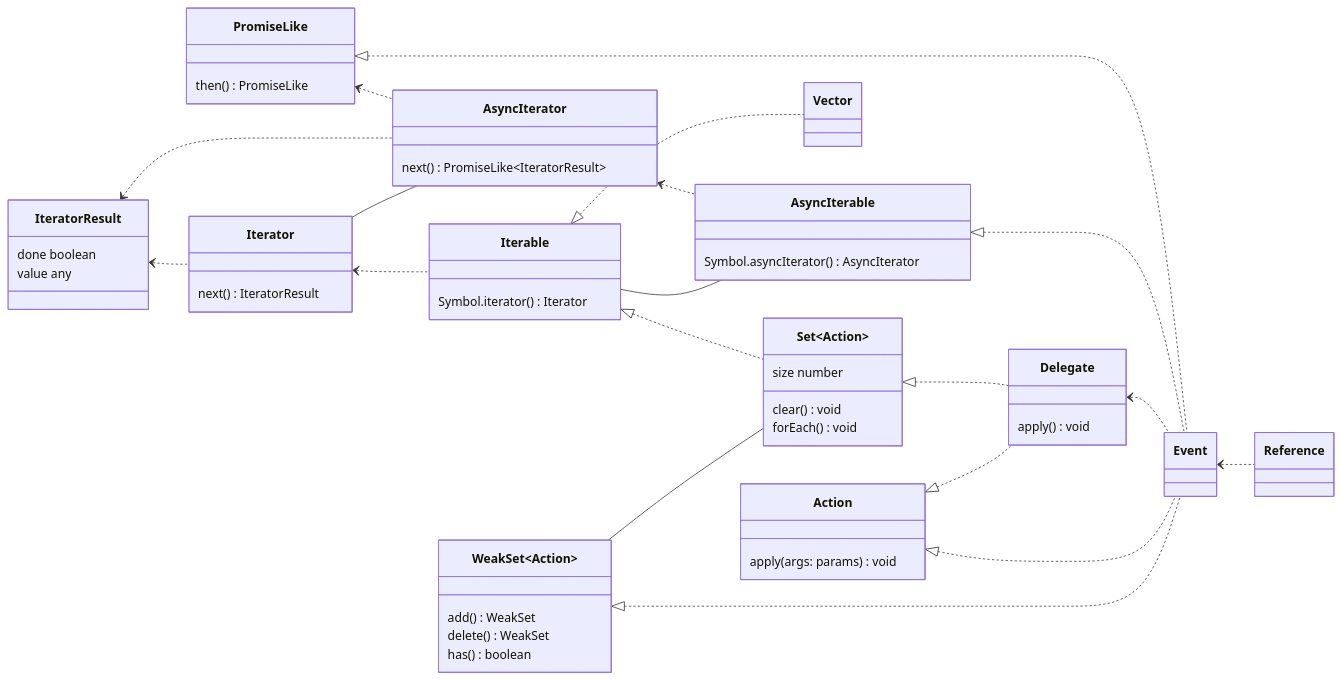
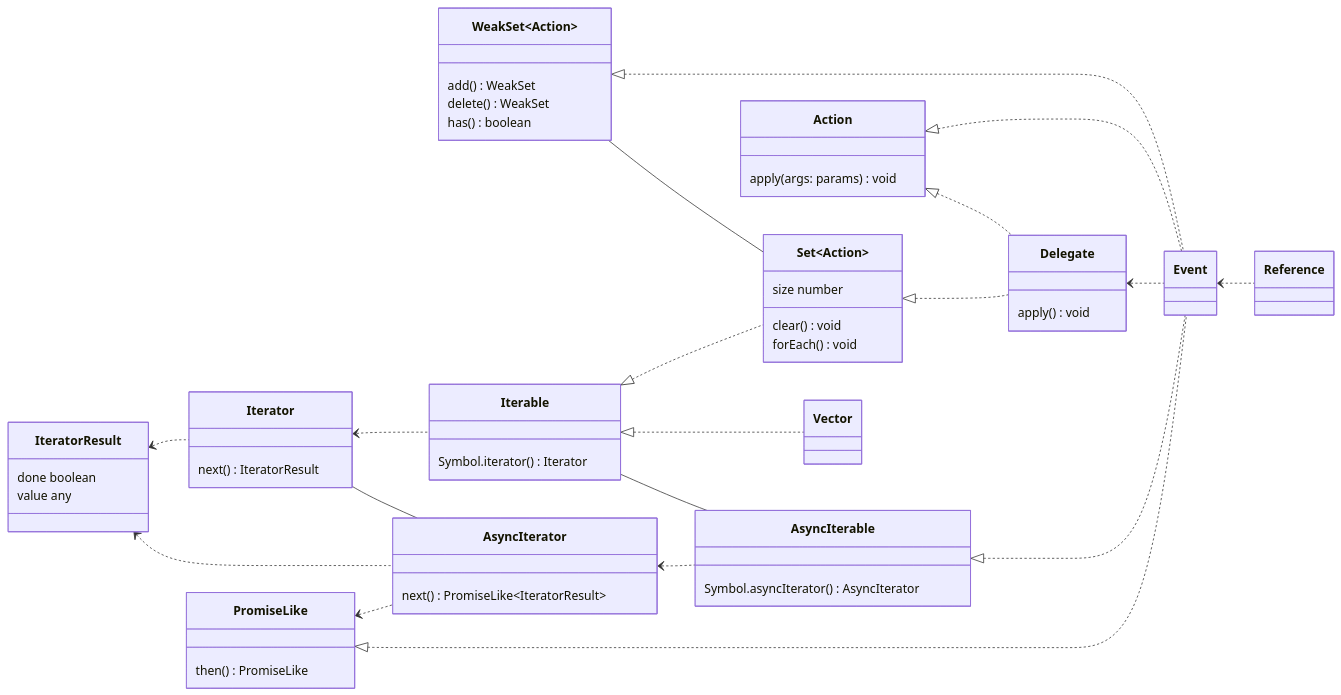
One commit to domrally/peekeasy changed the fifth of 5 diagrams in README.md. Above: the diagram before and after it, drawn with Mermaid. The commit also changed other lines of this file, not shown here.

````diff
--- a/README.md
+++ b/README.md
@@ -221,62 +221,62 @@
 ```mermaid
 classDiagram
     direction LR
     PromiseLike <|.. Event
     PromiseLike <.. AsyncIterator
     IteratorResult <.. AsyncIterator
     Iterator -- AsyncIterator
     AsyncIterator <.. AsyncIterable
     Iterable -- AsyncIterable
     AsyncIterable <|.. Event
     IteratorResult <.. Iterator
     Iterator <.. Iterable
-    Iterable <|.. Vector
     Iterable <|.. Set~Action~
     Delegate <.. Event
     Action <|.. Event
     Set~Action~ <|.. Delegate
     Action <|.. Delegate
     WeakSet~Action~ -- Set~Action~
     WeakSet~Action~ <|.. Event
     Event <.. Reference
+    Iterable <|.. Vector
     class IteratorResult {
         done boolean
         value any
     }
     class AsyncIterable {
         Symbol.asyncIterator() AsyncIterator
     }
     class Iterable {
         Symbol.iterator() Iterator
     }
     class Iterator {
         next() IteratorResult
     }
     class AsyncIterator {
         next() PromiseLike~IteratorResult~
     }
     class PromiseLike {
         then() PromiseLike
     }
     class WeakSet {
         add() WeakSet
         delete() WeakSet
         has() boolean
     }
     class Set {
         size number
         clear() void
         forEach() void
     }
     class Action {
         apply(args: params) void
     }
     class Delegate {
         apply() void
     }
     link Delegate "https://github.com/domrally/peekeasy/blob/main/src/delegate.ts" "delegate.ts"
     class Event
     link Event "https://github.com/domrally/peekeasy/blob/main/src/event.ts" "event.ts"
     class Vector
     link Vector "https://github.com/domrally/peekeasy/blob/main/src/vector.ts" "vector.ts"
 ```
````
